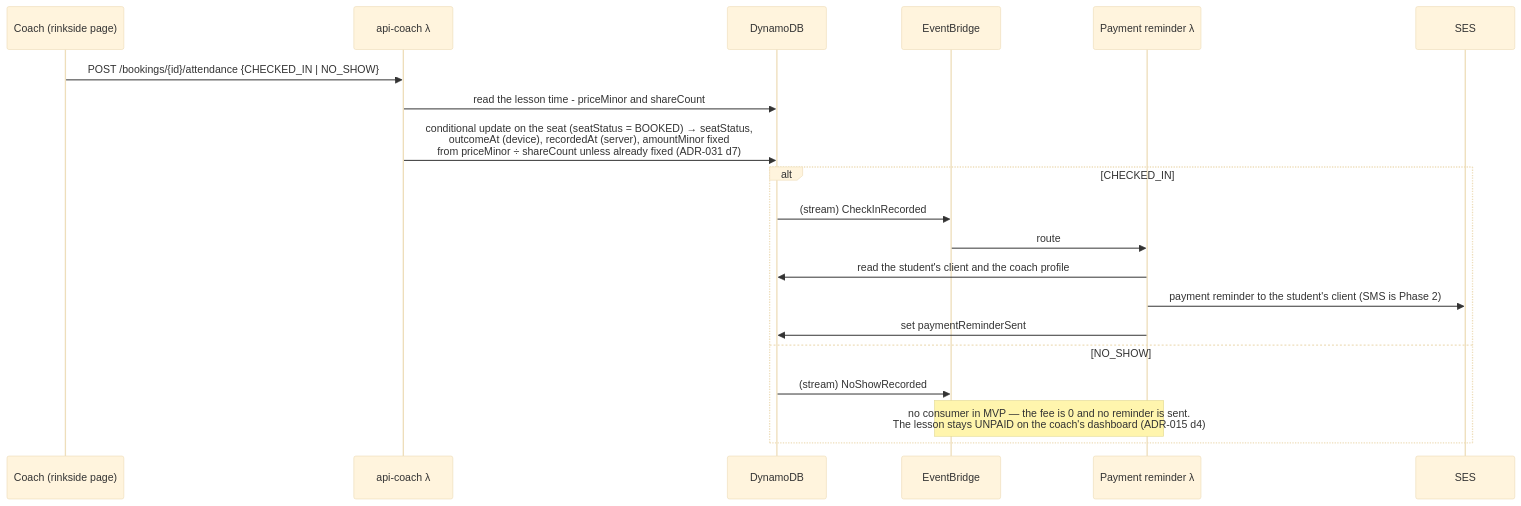
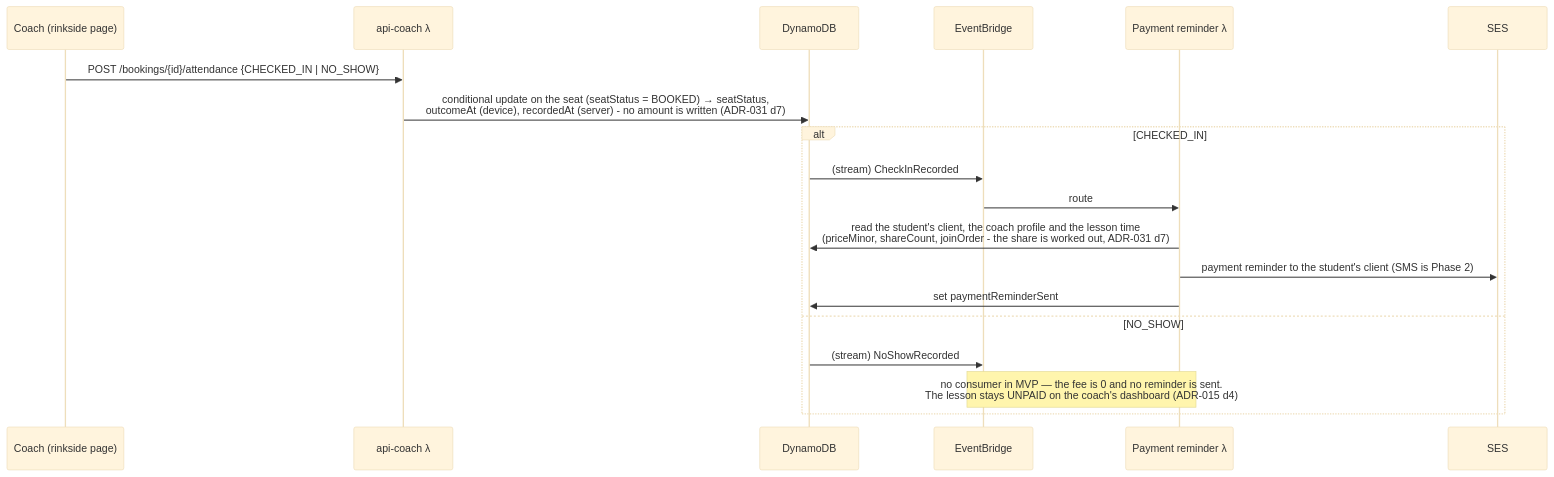
Diagram 11 of 28 in docs/architecture.md (jessicamvega6/bladebook), drawn with Mermaid (base theme) before and after one commit. The commit also changed other lines of this file and 30 other files, not shown here.

````diff
--- a/docs/architecture.md
+++ b/docs/architecture.md
@@ -887,22 +887,21 @@
 ```mermaid
 sequenceDiagram
     participant C as Coach (rinkside page)
     participant API as api-coach λ
     participant DB as DynamoDB
     participant Bus as EventBridge
     participant Pay as Payment reminder λ
     participant SES as SES
     C->>API: POST /bookings/{id}/attendance {CHECKED_IN | NO_SHOW}
-    API->>DB: read the lesson time - priceMinor and shareCount
-    API->>DB: conditional update on the seat (seatStatus = BOOKED) → seatStatus,<br/>outcomeAt (device), recordedAt (server), amountMinor fixed<br/>from priceMinor ÷ shareCount unless already fixed (ADR-031 d7)
+    API->>DB: conditional update on the seat (seatStatus = BOOKED) → seatStatus,<br/>outcomeAt (device), recordedAt (server) - no amount is written (ADR-031 d7)
     alt CHECKED_IN
         DB->>Bus: (stream) CheckInRecorded
         Bus->>Pay: route
-        Pay->>DB: read the student's client and the coach profile
+        Pay->>DB: read the student's client, the coach profile and the lesson time<br/>(priceMinor, shareCount, joinOrder - the share is worked out, ADR-031 d7)
         Pay->>SES: payment reminder to the student's client (SMS is Phase 2)
         Pay->>DB: set paymentReminderSent
     else NO_SHOW
         DB->>Bus: (stream) NoShowRecorded
         Note over Bus,Pay: no consumer in MVP — the fee is 0 and no reminder is sent.<br/>The lesson stays UNPAID on the coach's dashboard (ADR-015 d4)
     end
 ```
````
